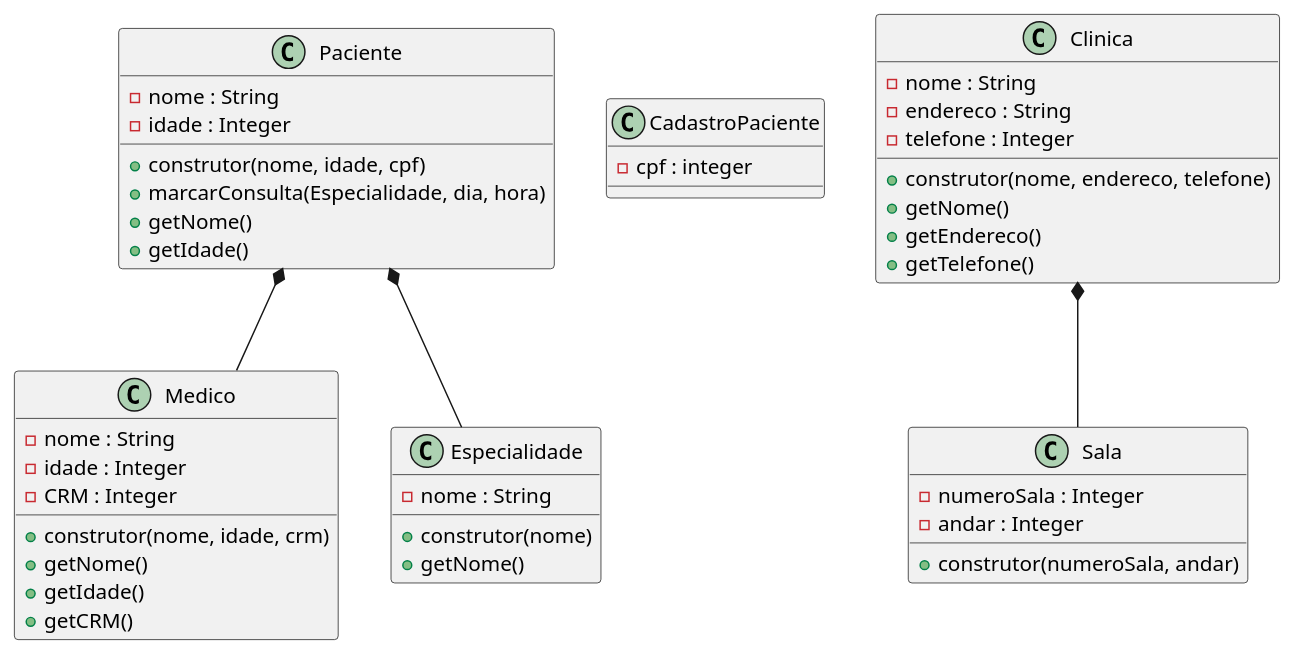
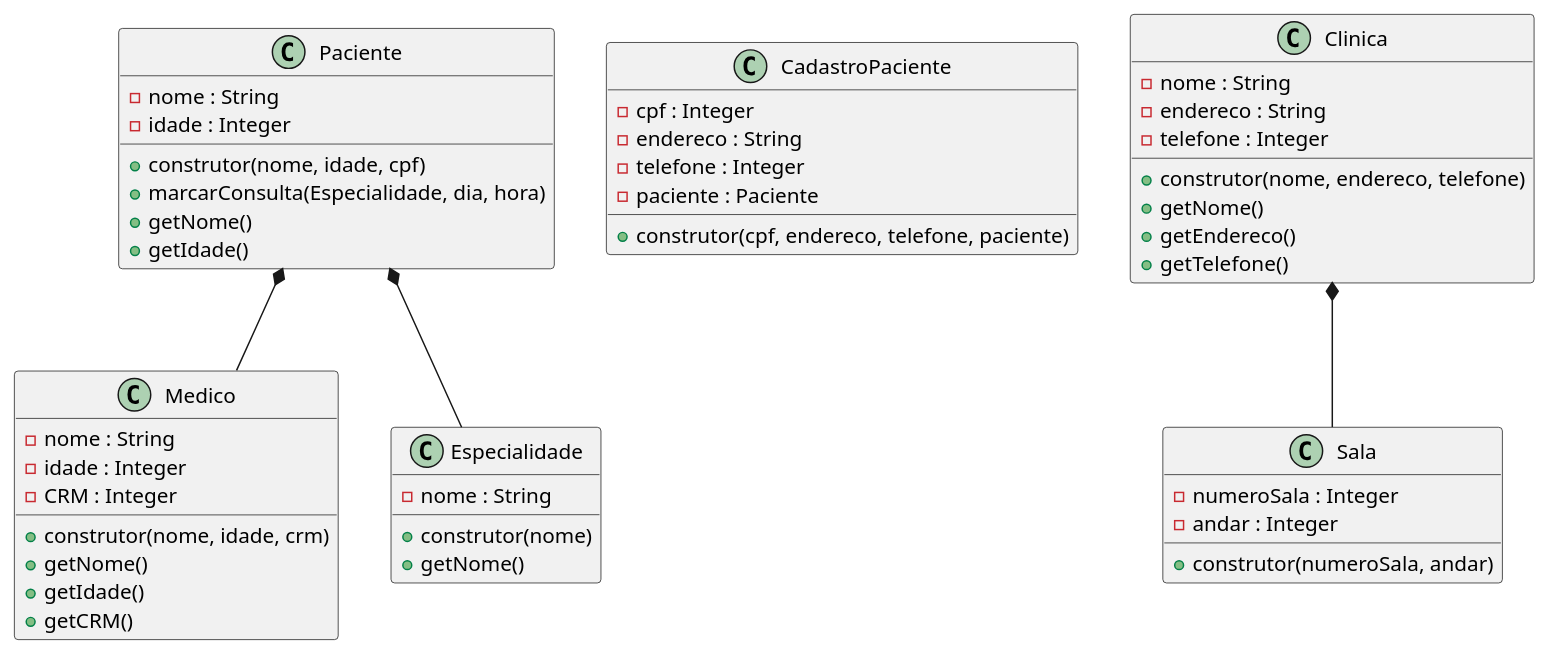
Before and after one commit to anleaes/2022-1-N2-POO-03: the diagram in diagrama.plantuml, drawn with PlantUML.

Commit message:
colocado atributos em CadastroPaciente endereco, telefone, paciente e criado construtor

```diff
--- a/diagrama.plantuml
+++ b/diagrama.plantuml
@@ -1,53 +1,57 @@
 @startuml Gerenciamento de Exames Medicos
 
     class Paciente{
         - nome : String
         - idade : Integer
         + construtor(nome, idade, cpf)
         + marcarConsulta(Especialidade, dia, hora)
         + getNome()
         + getIdade()
     }
 
     class CadastroPaciente{
-        - cpf : integer
+        - cpf : Integer
+        - endereco : String
+        - telefone : Integer
+        - paciente : Paciente
+        + construtor(cpf, endereco, telefone, paciente)
     }
 
     class Medico{
         - nome : String
         - idade : Integer
         - CRM : Integer
         + construtor(nome, idade, crm)
         + getNome()
         + getIdade()
         + getCRM()
     }
 
     class Especialidade{
         - nome : String
         + construtor(nome)
         + getNome()
     }
 
     class Clinica{
         - nome : String
         - endereco : String
         - telefone : Integer
         + construtor(nome, endereco, telefone)
         + getNome()
         + getEndereco()
         + getTelefone()
     }
 
     class Sala{
         - numeroSala : Integer
         - andar : Integer
         + construtor(numeroSala, andar)
     }
 
     Paciente *-- Medico
     Paciente *-- Especialidade
 
     Clinica *-- Sala
 
 @enduml
```
